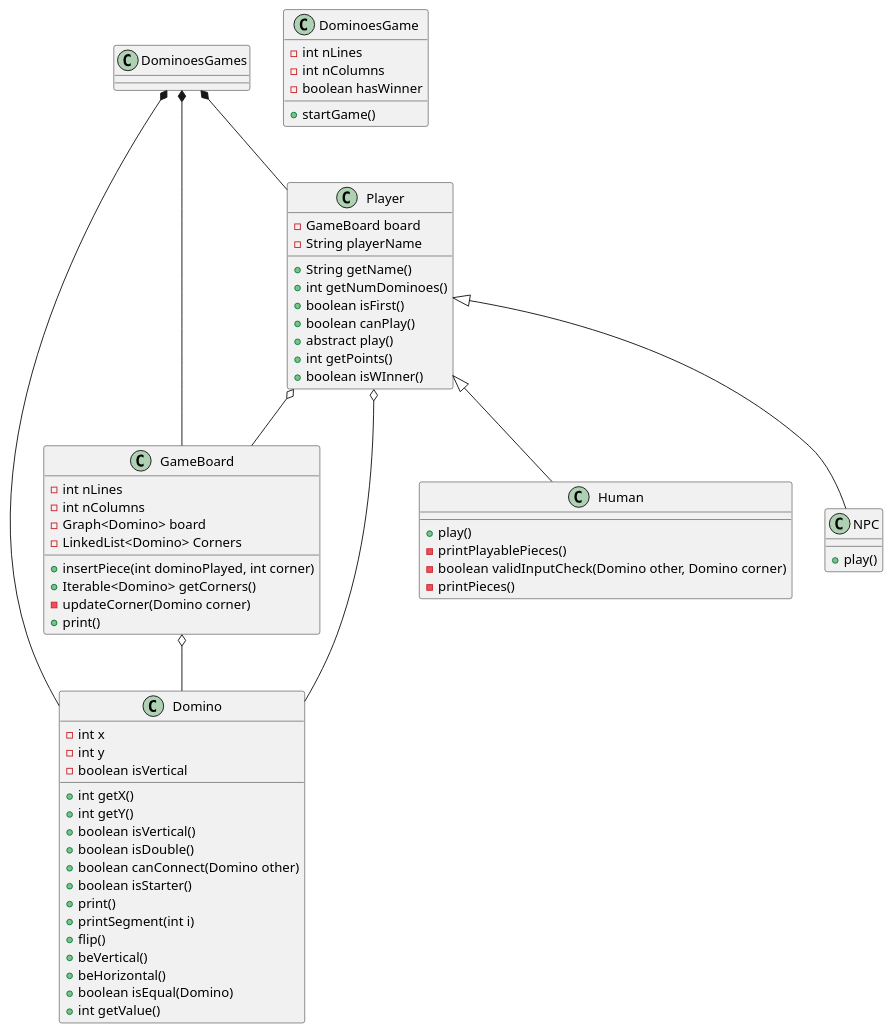
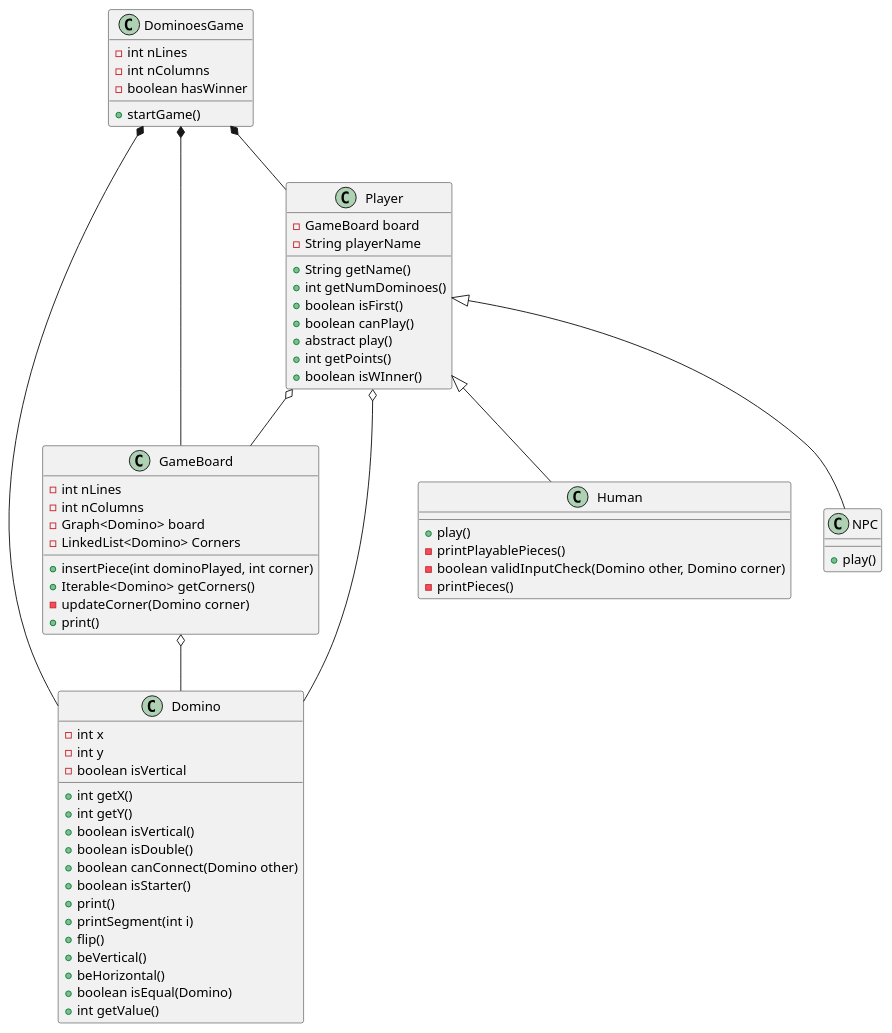
Before and after one commit to afonsoflou/DominoPOO: the diagram in src/DominoUML.puml, drawn with PlantUML.

Commit message:
Human Fixes

```diff
--- a/src/DominoUML.puml
+++ b/src/DominoUML.puml
@@ -1,75 +1,75 @@
 @startuml
 
 class Domino {
     - int x
     - int y
     - boolean isVertical
 
     + int getX()
     + int getY()
     + boolean isVertical()
     + boolean isDouble()
     + boolean canConnect(Domino other)
     + boolean isStarter()
     + print()
     + printSegment(int i)
     + flip()
     + beVertical()
     + beHorizontal()
     + boolean isEqual(Domino)
     + int getValue()
 }
 
 class GameBoard {
     - int nLines
     - int nColumns
     - Graph<Domino> board
     - LinkedList<Domino> Corners
 
     + insertPiece(int dominoPlayed, int corner)
     + Iterable<Domino> getCorners()
     - updateCorner(Domino corner)
     + print()
 }
 
 class Player {
     - GameBoard board
     - String playerName
 
     + String getName()
     + int getNumDominoes()
     + boolean isFirst()
     + boolean canPlay()
     + abstract play()
     + int getPoints()
     + boolean isWInner()
 }
 
 class DominoesGame {
     - int nLines
     - int nColumns
     - boolean hasWinner
     + startGame()
 }
 
 class Human {
 
     + play()
     - printPlayablePieces()
     - boolean validInputCheck(Domino other, Domino corner)
     - printPieces()
 }
 
 class NPC {
 
     + play()
 }
-DominoesGames *-- Domino
-DominoesGames *-- GameBoard
-DominoesGames *-- Player
+DominoesGame *-- Domino
+DominoesGame *-- GameBoard
+DominoesGame *-- Player
 GameBoard o-- Domino
 Player o-- Domino
 Player o-- GameBoard
 Player <|-- Human
 Player <|--NPC
 @enduml
```
